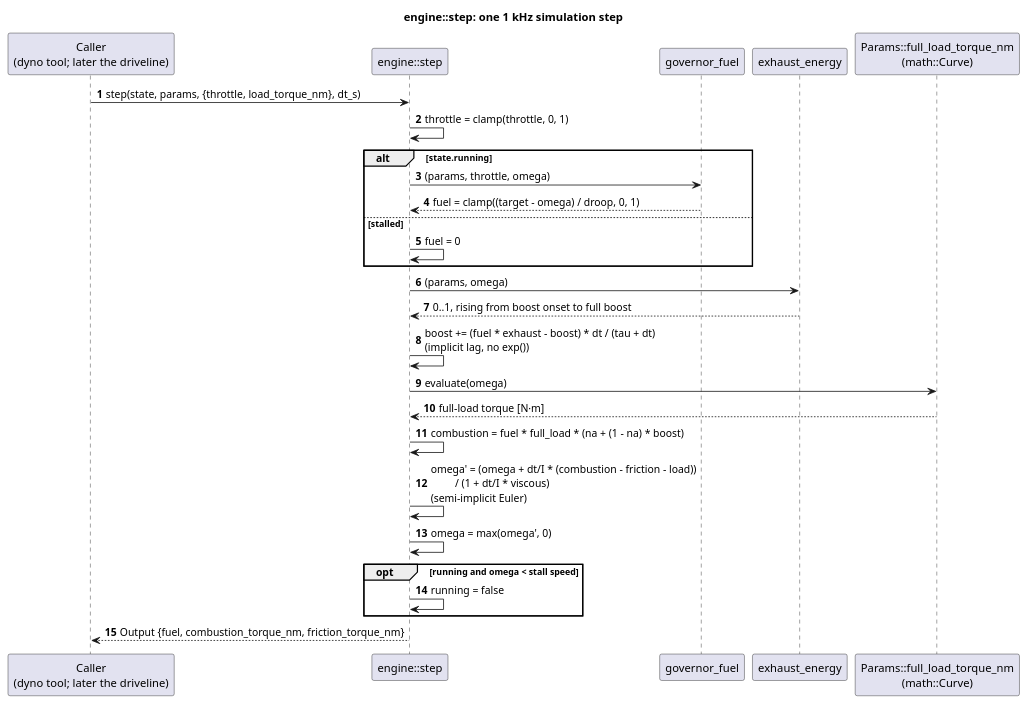
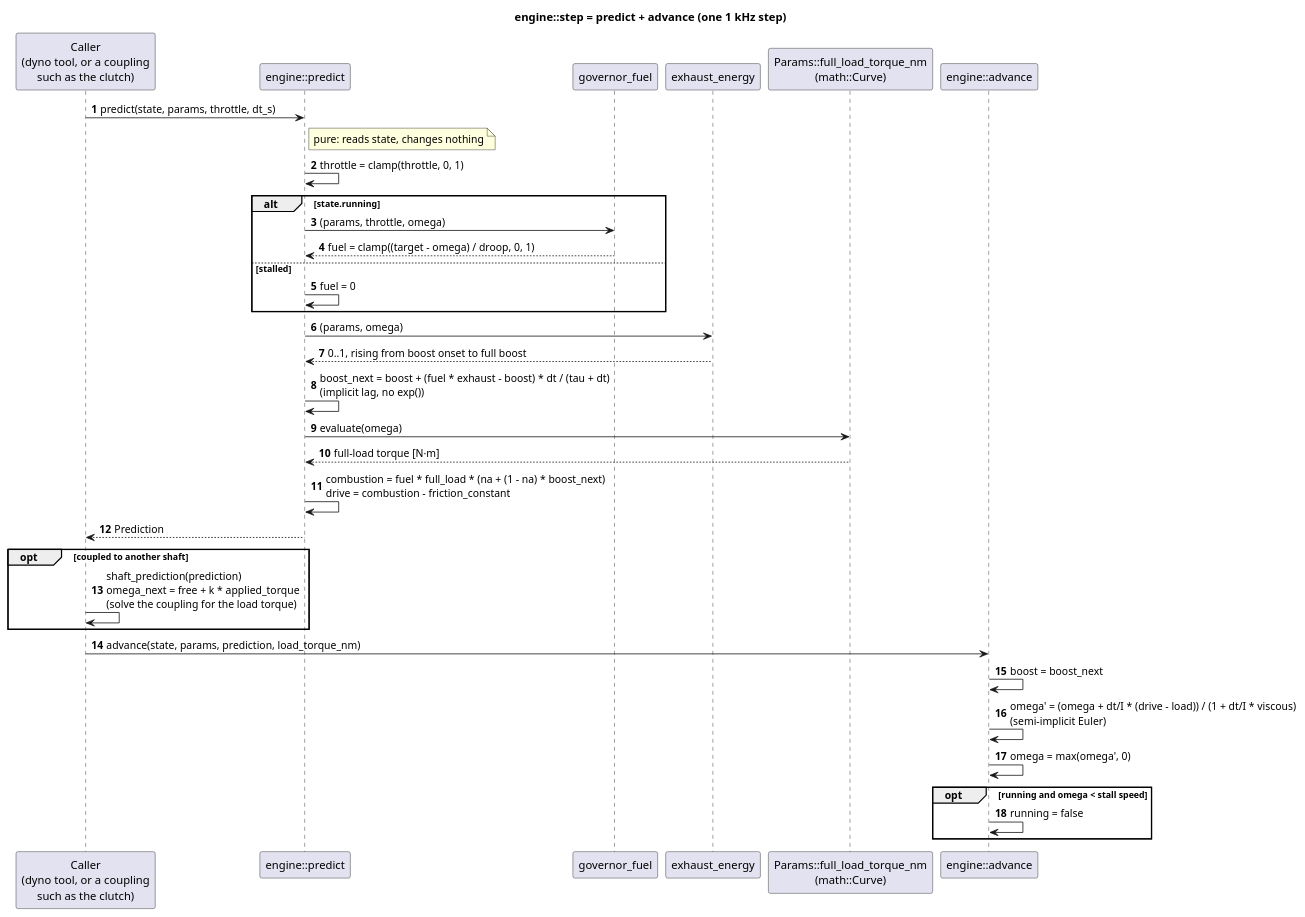
Before and after one commit to wversteeg/TractorPulling: the diagram in docs/diagrams/engine_step_sequence.puml, drawn with PlantUML. The commit also changed 7 other files, not shown here.

First line of the commit message:
Split engine::step into predict and advance for couplings

```diff
--- a/docs/diagrams/engine_step_sequence.puml
+++ b/docs/diagrams/engine_step_sequence.puml
@@ -1,30 +1,39 @@
 @startuml engine_step_sequence
-title engine::step: one 1 kHz simulation step
+title engine::step = predict + advance (one 1 kHz step)
 autonumber
-participant "Caller\n(dyno tool; later the driveline)" as Caller
-participant "engine::step" as Step
+participant "Caller\n(dyno tool, or a coupling\nsuch as the clutch)" as Caller
+participant "engine::predict" as Predict
 participant "governor_fuel" as Gov
 participant "exhaust_energy" as Exh
 participant "Params::full_load_torque_nm\n(math::Curve)" as Curve
+participant "engine::advance" as Advance
 
-Caller -> Step : step(state, params, {throttle, load_torque_nm}, dt_s)
-Step -> Step : throttle = clamp(throttle, 0, 1)
+Caller -> Predict : predict(state, params, throttle, dt_s)
+note right of Predict : pure: reads state, changes nothing
+Predict -> Predict : throttle = clamp(throttle, 0, 1)
 alt state.running
-  Step -> Gov : (params, throttle, omega)
-  Gov --> Step : fuel = clamp((target - omega) / droop, 0, 1)
+  Predict -> Gov : (params, throttle, omega)
+  Gov --> Predict : fuel = clamp((target - omega) / droop, 0, 1)
 else stalled
-  Step -> Step : fuel = 0
+  Predict -> Predict : fuel = 0
 end
-Step -> Exh : (params, omega)
-Exh --> Step : 0..1, rising from boost onset to full boost
-Step -> Step : boost += (fuel * exhaust - boost) * dt / (tau + dt)\n(implicit lag, no exp())
-Step -> Curve : evaluate(omega)
-Curve --> Step : full-load torque [N·m]
-Step -> Step : combustion = fuel * full_load * (na + (1 - na) * boost)
-Step -> Step : omega' = (omega + dt/I * (combustion - friction - load))\n         / (1 + dt/I * viscous)\n(semi-implicit Euler)
-Step -> Step : omega = max(omega', 0)
+Predict -> Exh : (params, omega)
+Exh --> Predict : 0..1, rising from boost onset to full boost
+Predict -> Predict : boost_next = boost + (fuel * exhaust - boost) * dt / (tau + dt)\n(implicit lag, no exp())
+Predict -> Curve : evaluate(omega)
+Curve --> Predict : full-load torque [N·m]
+Predict -> Predict : combustion = fuel * full_load * (na + (1 - na) * boost_next)\ndrive = combustion - friction_constant
+Predict --> Caller : Prediction
+
+opt coupled to another shaft
+  Caller -> Caller : shaft_prediction(prediction)\nomega_next = free + k * applied_torque\n(solve the coupling for the load torque)
+end
+
+Caller -> Advance : advance(state, params, prediction, load_torque_nm)
+Advance -> Advance : boost = boost_next
+Advance -> Advance : omega' = (omega + dt/I * (drive - load)) / (1 + dt/I * viscous)\n(semi-implicit Euler)
+Advance -> Advance : omega = max(omega', 0)
 opt running and omega < stall speed
-  Step -> Step : running = false
+  Advance -> Advance : running = false
 end
-Step --> Caller : Output {fuel, combustion_torque_nm, friction_torque_nm}
 @enduml
```
